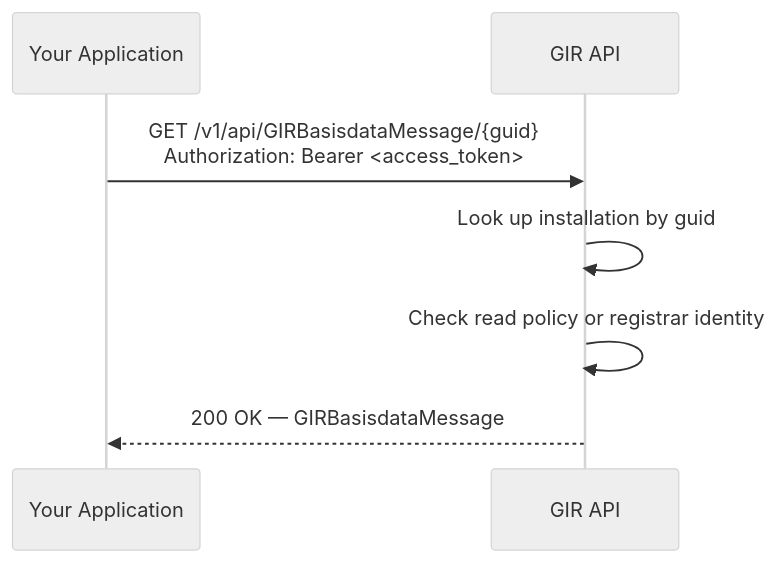
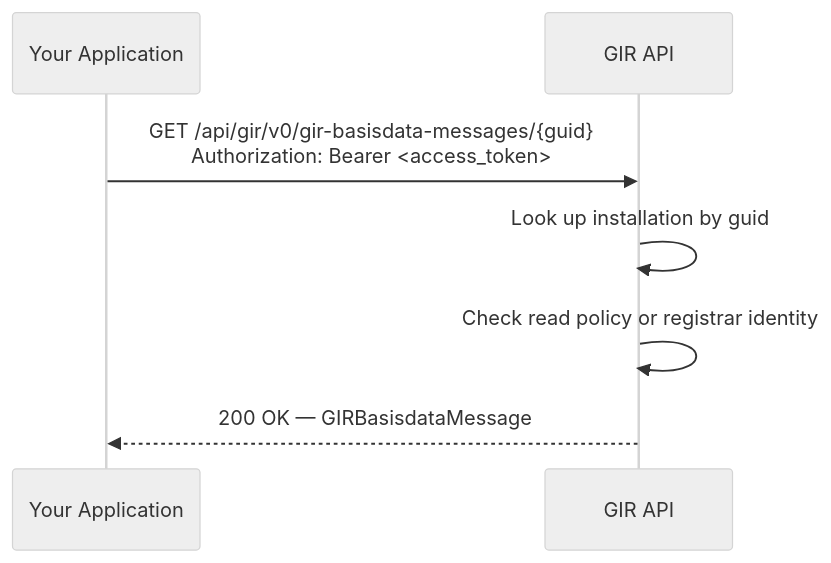
Before and after one commit to POORT8/Poort8.Docs: the diagram in gir/retrieve-installation.md, drawn with Mermaid (neutral theme). The commit also changed other lines of this file and 10 other files, not shown here.

````diff
--- a/gir/retrieve-installation.md
+++ b/gir/retrieve-installation.md
@@ -16,10 +16,10 @@
 ```mermaid
 sequenceDiagram
     participant App as Your Application
     participant GIR as GIR API
 
-    App->>GIR: GET /v1/api/GIRBasisdataMessage/{guid}<br/>Authorization: Bearer <access_token>
+    App->>GIR: GET /api/gir/v0/gir-basisdata-messages/{guid}<br/>Authorization: Bearer <access_token>
     GIR->>GIR: Look up installation by guid
     GIR->>GIR: Check read policy or registrar identity
     GIR-->>App: 200 OK — GIRBasisdataMessage
 ```
````
